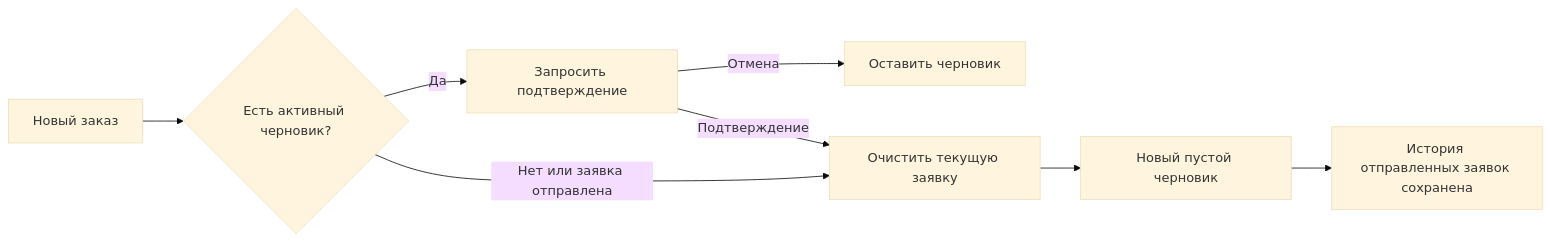
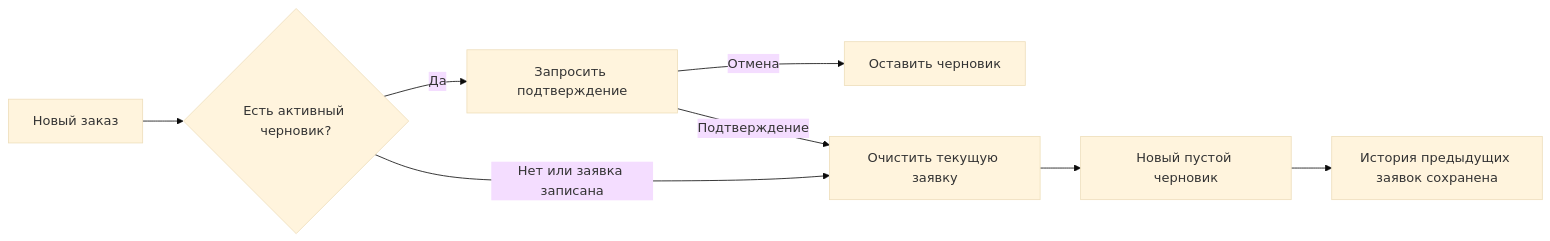
Before and after one commit to Dzmitry-Radziuk/Ai-agent-order-assistant: the fourth of 9 diagrams in docs/USER_SCENARIOS.md, drawn with Mermaid (base theme). The commit also changed other lines of this file and 22 other files, not shown here.

````diff
--- a/docs/USER_SCENARIOS.md
+++ b/docs/USER_SCENARIOS.md
@@ -88,10 +110,10 @@
 ```mermaid
 flowchart LR
     A[Новый заказ] --> B{Есть активный черновик?}
     B -->|Да| C[Запросить подтверждение]
     C -->|Отмена| D[Оставить черновик]
     C -->|Подтверждение| E[Очистить текущую заявку]
-    B -->|Нет или заявка отправлена| E
+    B -->|Нет или заявка записана| E
     E --> F[Новый пустой черновик]
-    F --> G[История отправленных заявок сохранена]
+    F --> G[История предыдущих заявок сохранена]
 ```
````
